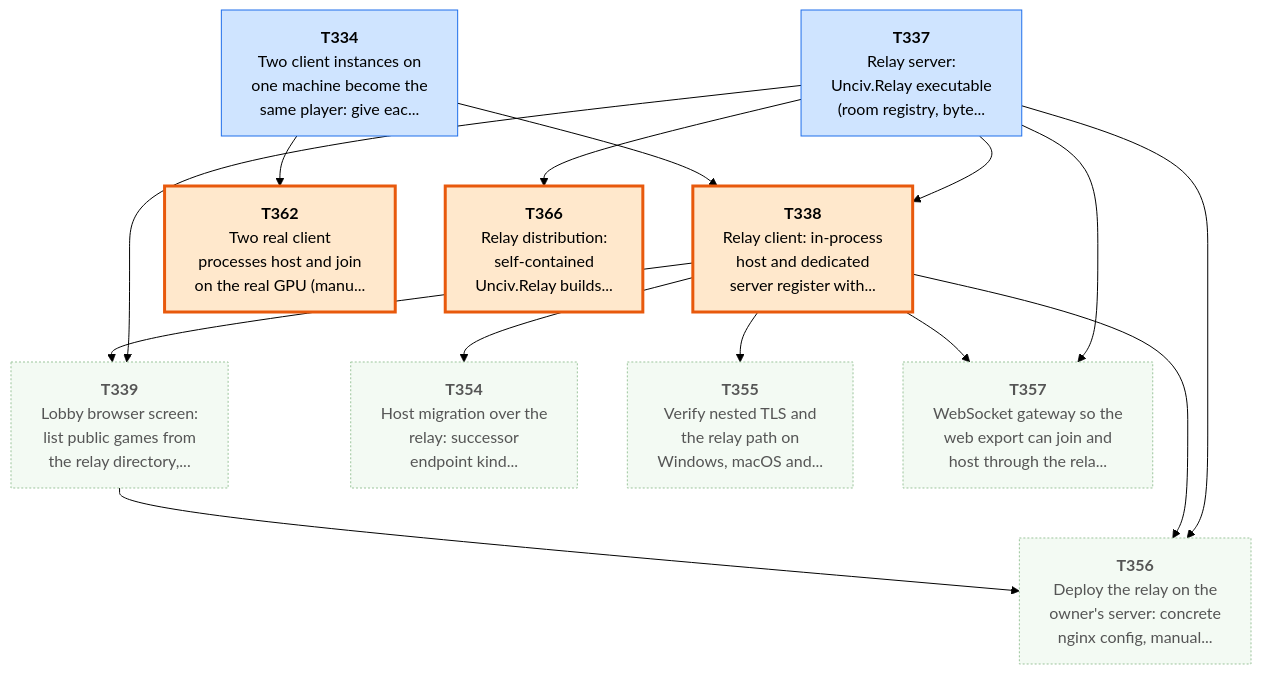
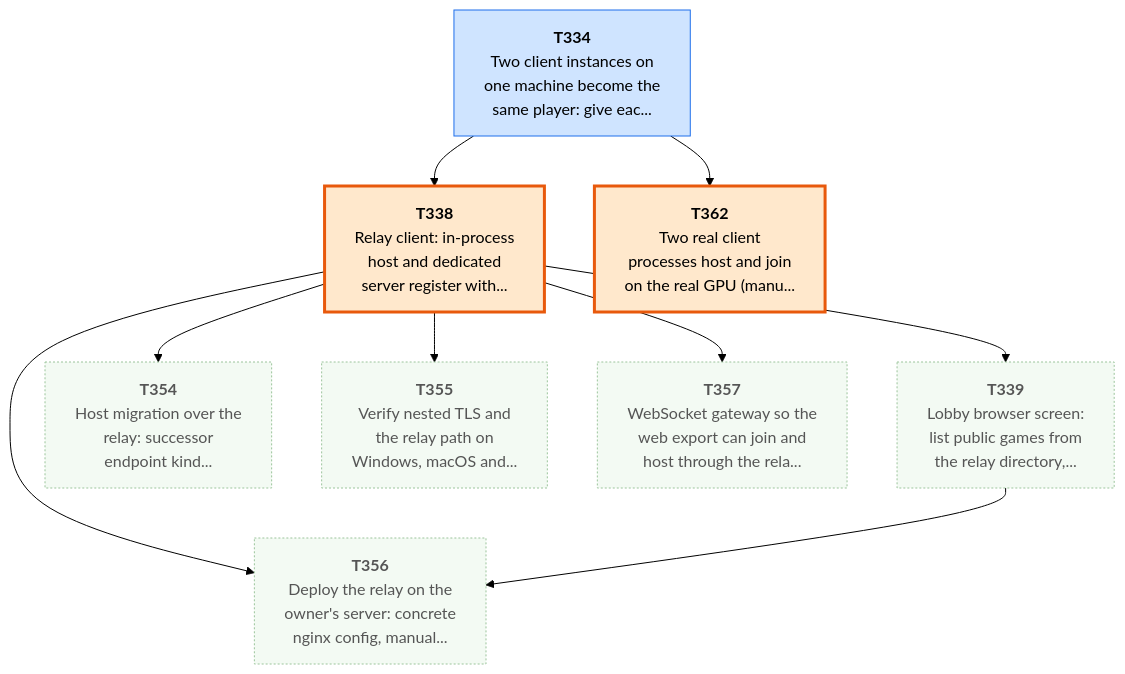
Before and after one commit to Kenmura/Unciv: the first of 8 diagrams in csharp/migration/DEPENDENCY_MAP.md, drawn with Mermaid (forest theme). The commit also changed other lines of this file and 1 other file, not shown here.

Commit message:
migration: review T337 pass [Adversarial Review]

````diff
--- a/csharp/migration/DEPENDENCY_MAP.md
+++ b/csharp/migration/DEPENDENCY_MAP.md
@@ -59,43 +59,34 @@
 ```mermaid
 flowchart TD
   T334["<b>T334</b><br/>Two client instances on<br/>one machine become the<br/>same player: give eac..."]
-  T337["<b>T337</b><br/>Relay server:<br/>Unciv.Relay executable<br/>(room registry, byte..."]
   T338["<b>T338</b><br/>Relay client: in-process<br/>host and dedicated<br/>server register with..."]
   T339["<b>T339</b><br/>Lobby browser screen:<br/>list public games from<br/>the relay directory,..."]
   T354["<b>T354</b><br/>Host migration over the<br/>relay: successor<br/>endpoint kind..."]
   T355["<b>T355</b><br/>Verify nested TLS and<br/>the relay path on<br/>Windows, macOS and..."]
   T356["<b>T356</b><br/>Deploy the relay on the<br/>owner's server: concrete<br/>nginx config, manual..."]
   T357["<b>T357</b><br/>WebSocket gateway so the<br/>web export can join and<br/>host through the rela..."]
   T362["<b>T362</b><br/>Two real client<br/>processes host and join<br/>on the real GPU (manu..."]
-  T366["<b>T366</b><br/>Relay distribution:<br/>self-contained<br/>Unciv.Relay builds..."]
-  T337 --> T338
   T334 --> T338
-  T337 --> T339
   T338 --> T339
   T338 --> T354
   T338 --> T355
-  T337 --> T356
   T338 --> T356
   T339 --> T356
-  T337 --> T357
   T338 --> T357
   T334 --> T362
-  T337 --> T366
   classDef waiting fill:#f3faf3,stroke:#9bc49b,color:#555,stroke-dasharray:2 2
   classDef ondeck fill:#ffe8cc,stroke:#e8590c,stroke-width:3px,color:#000
   classDef ready fill:#7ee787,stroke:#1a7f37,stroke-width:3px,color:#000
   classDef prog fill:#fff3b0,stroke:#b58900,color:#000
   classDef review fill:#cfe4ff,stroke:#1f6feb,color:#000
   classDef blocked fill:#ffd6d6,stroke:#c62828,color:#000
   classDef done fill:#eeeeee,stroke:#999999,color:#666,stroke-dasharray:4 3
   class T334 review
-  class T337 review
   class T338 ondeck
   class T339 waiting
   class T354 waiting
   class T355 waiting
   class T356 waiting
   class T357 waiting
   class T362 ondeck
-  class T366 ondeck
 ```
````
